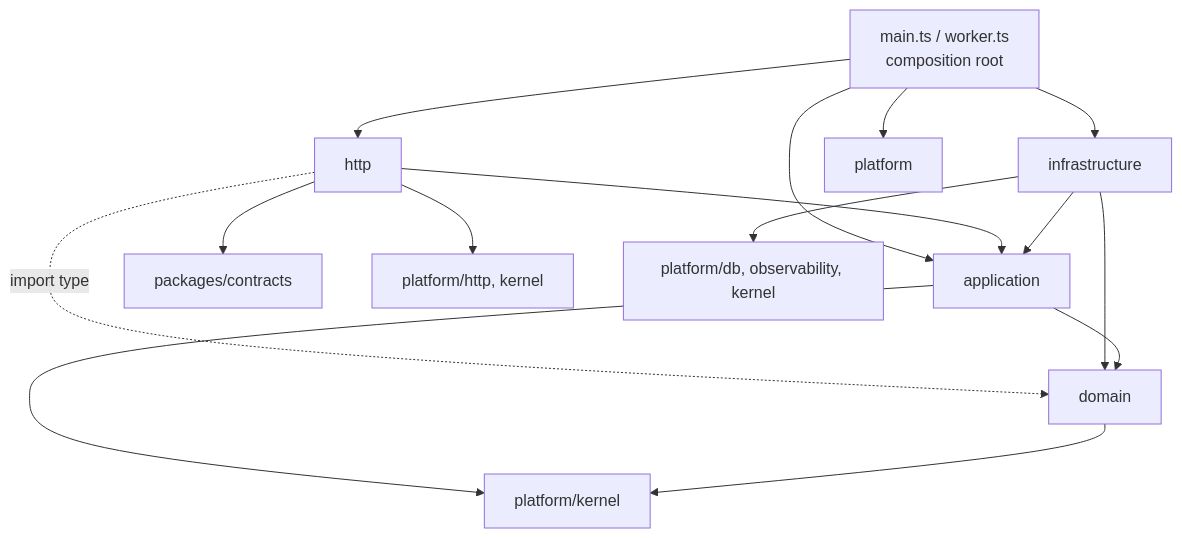
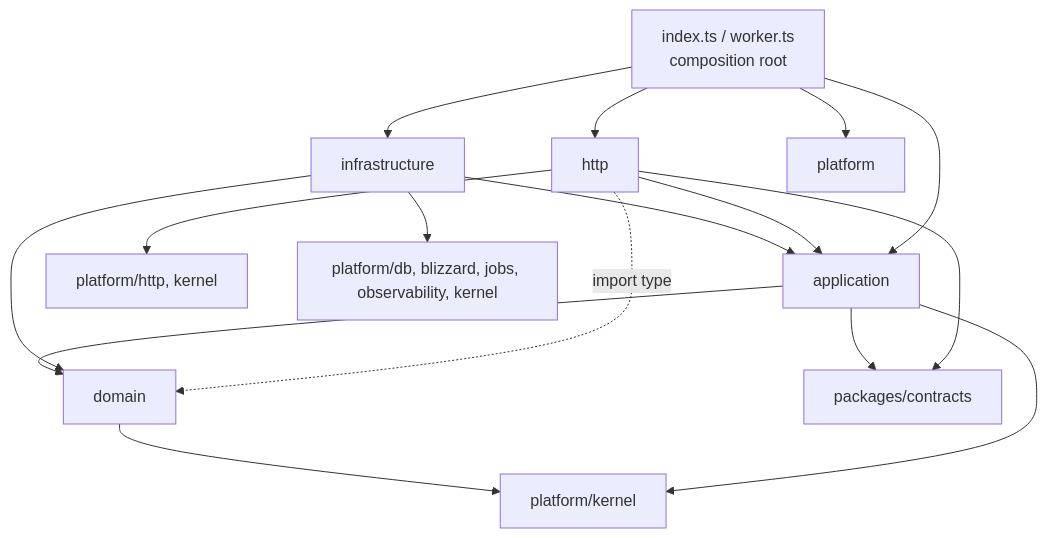
Before and after one commit to LeMonoXx/guildhub: the diagram in docs/architecture/backend.md, drawn with Mermaid. The commit also changed other lines of this file and 46 other files, not shown here.

First line of the commit message:
refactor(api): clean module boundaries, thin worker, platform blizzard and jobs

````diff
--- a/docs/architecture/backend.md
+++ b/docs/architecture/backend.md
@@ -40,17 +45,18 @@
 ```mermaid
 flowchart TD
-  main[main.ts / worker.ts\ncomposition root] --> http
+  main[index.ts / worker.ts\ncomposition root] --> http
   main --> infrastructure
   main --> application
   main --> platform
   http[http] --> application
   http -. import type .-> domain
   http --> contracts[packages/contracts]
   http --> platformHttp[platform/http, kernel]
   infrastructure[infrastructure] --> application
   infrastructure --> domain
-  infrastructure --> platformInfra[platform/db, observability, kernel]
+  infrastructure --> platformInfra[platform/db, blizzard, jobs, observability, kernel]
   application[application] --> domain
   application --> kernel[platform/kernel]
+  application --> contracts
   domain[domain] --> kernel
 ```
````
